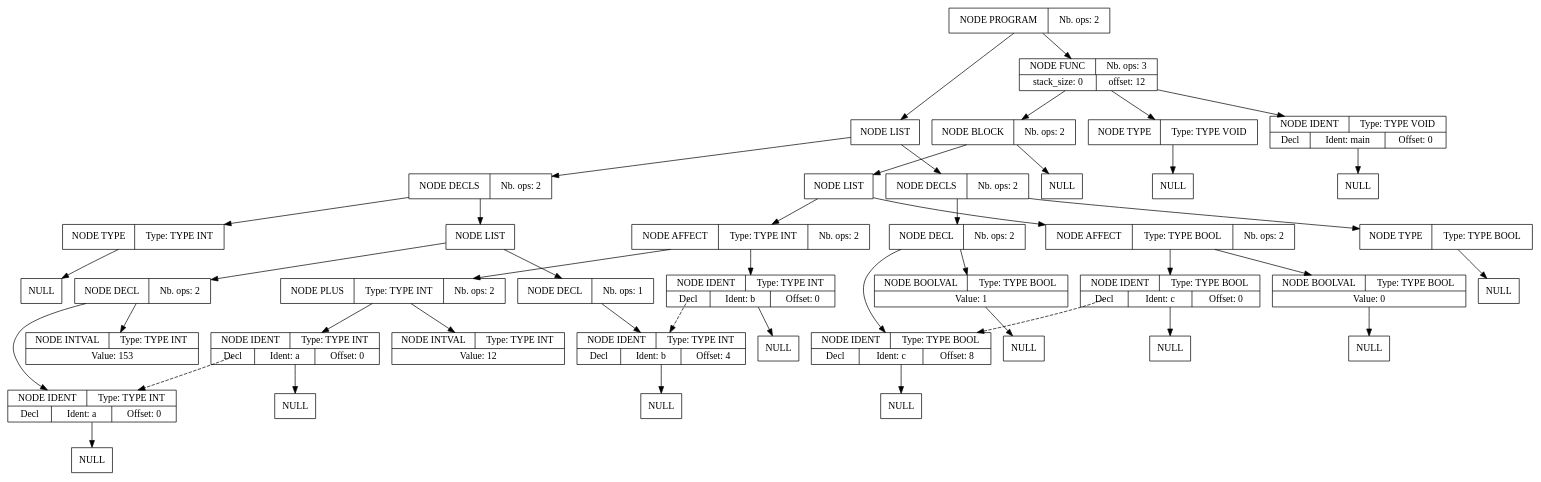
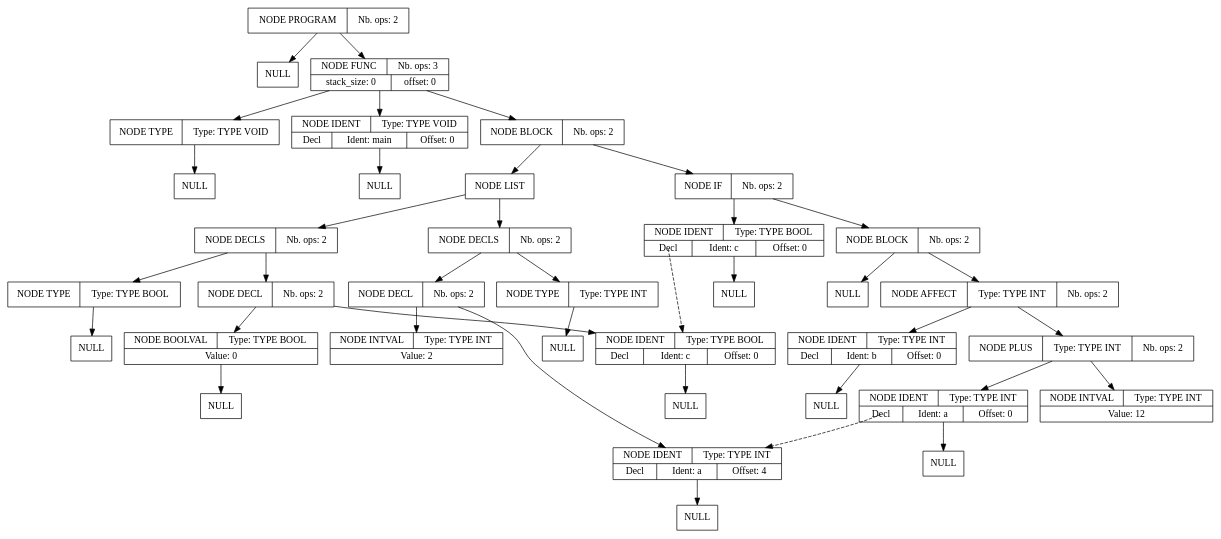
Before and after one commit to Harian-Elyoth/CompilateurMiniC: the diagram in src/post_pass1.dot, drawn with Graphviz. The commit also changed 40 other files, not shown here.

```diff
--- a/src/post_pass1.dot
+++ b/src/post_pass1.dot
@@ -1,129 +1,112 @@
 digraph global_vars {
     N1 [shape=record, label="{{NODE PROGRAM|Nb. ops: 2}}"];
-    N2 [shape=record, label="{{NODE LIST}}"];
-    N3 [shape=record, label="{{NODE DECLS|Nb. ops: 2}}"];
-    N4 [shape=record, label="{{NODE TYPE|Type: TYPE INT}}"];
+    N2 [shape=record, label="{{NULL}}"];
+    edge[tailclip=true];
+    N1 -> N2
+    N3 [shape=record, label="{{NODE FUNC|Nb. ops: 3}|{stack_size: 0|offset: 0}}"];
+    N4 [shape=record, label="{{NODE TYPE|Type: TYPE VOID}}"];
     N5 [shape=record, label="{{NULL}}"];
     edge[tailclip=true];
     N4 -> N5
     edge[tailclip=true];
     N3 -> N4
-    N6 [shape=record, label="{{NODE LIST}}"];
-    N7 [shape=record, label="{{NODE DECL|Nb. ops: 2}}"];
-    N8 [shape=record, label="{{NODE IDENT|Type: TYPE INT}|{<decl>Decl      |Ident: a|Offset: 0}}"];
-    N9 [shape=record, label="{{NULL}}"];
-    edge[tailclip=true];
-    N8 -> N9
-    edge[tailclip=true];
-    N7 -> N8
-    N10 [shape=record, label="{{NODE INTVAL|Type: TYPE INT}|{Value: 153}}"];
-    edge[tailclip=true];
-    N7 -> N10
+    N6 [shape=record, label="{{NODE IDENT|Type: TYPE VOID}|{<decl>Decl      |Ident: main|Offset: 0}}"];
+    N7 [shape=record, label="{{NULL}}"];
     edge[tailclip=true];
     N6 -> N7
-    N11 [shape=record, label="{{NODE DECL|Nb. ops: 1}}"];
-    N12 [shape=record, label="{{NODE IDENT|Type: TYPE INT}|{<decl>Decl      |Ident: b|Offset: 4}}"];
-    N13 [shape=record, label="{{NULL}}"];
     edge[tailclip=true];
-    N12 -> N13
+    N3 -> N6
+    N8 [shape=record, label="{{NODE BLOCK|Nb. ops: 2}}"];
+    N9 [shape=record, label="{{NODE LIST}}"];
+    N10 [shape=record, label="{{NODE DECLS|Nb. ops: 2}}"];
+    N11 [shape=record, label="{{NODE TYPE|Type: TYPE BOOL}}"];
+    N12 [shape=record, label="{{NULL}}"];
     edge[tailclip=true];
     N11 -> N12
     edge[tailclip=true];
-    N6 -> N11
-    edge[tailclip=true];
-    N3 -> N6
-    edge[tailclip=true];
-    N2 -> N3
-    N14 [shape=record, label="{{NODE DECLS|Nb. ops: 2}}"];
-    N15 [shape=record, label="{{NODE TYPE|Type: TYPE BOOL}}"];
-    N16 [shape=record, label="{{NULL}}"];
-    edge[tailclip=true];
-    N15 -> N16
+    N10 -> N11
+    N13 [shape=record, label="{{NODE DECL|Nb. ops: 2}}"];
+    N14 [shape=record, label="{{NODE IDENT|Type: TYPE BOOL}|{<decl>Decl      |Ident: c|Offset: 0}}"];
+    N15 [shape=record, label="{{NULL}}"];
     edge[tailclip=true];
     N14 -> N15
-    N17 [shape=record, label="{{NODE DECL|Nb. ops: 2}}"];
-    N18 [shape=record, label="{{NODE IDENT|Type: TYPE BOOL}|{<decl>Decl      |Ident: c|Offset: 8}}"];
-    N19 [shape=record, label="{{NULL}}"];
+    edge[tailclip=true];
+    N13 -> N14
+    N16 [shape=record, label="{{NODE BOOLVAL|Type: TYPE BOOL}|{Value: 0}}"];
+    N17 [shape=record, label="{{NULL}}"];
+    edge[tailclip=true];
+    N16 -> N17
+    edge[tailclip=true];
+    N13 -> N16
+    edge[tailclip=true];
+    N10 -> N13
+    edge[tailclip=true];
+    N9 -> N10
+    N18 [shape=record, label="{{NODE DECLS|Nb. ops: 2}}"];
+    N19 [shape=record, label="{{NODE TYPE|Type: TYPE INT}}"];
+    N20 [shape=record, label="{{NULL}}"];
+    edge[tailclip=true];
+    N19 -> N20
     edge[tailclip=true];
     N18 -> N19
-    edge[tailclip=true];
-    N17 -> N18
-    N20 [shape=record, label="{{NODE BOOLVAL|Type: TYPE BOOL}|{Value: 1}}"];
-    N21 [shape=record, label="{{NULL}}"];
-    edge[tailclip=true];
-    N20 -> N21
-    edge[tailclip=true];
-    N17 -> N20
-    edge[tailclip=true];
-    N14 -> N17
-    edge[tailclip=true];
-    N2 -> N14
-    edge[tailclip=true];
-    N1 -> N2
-    N22 [shape=record, label="{{NODE FUNC|Nb. ops: 3}|{stack_size: 0|offset: 12}}"];
-    N23 [shape=record, label="{{NODE TYPE|Type: TYPE VOID}}"];
-    N24 [shape=record, label="{{NULL}}"];
-    edge[tailclip=true];
-    N23 -> N24
+    N21 [shape=record, label="{{NODE DECL|Nb. ops: 2}}"];
+    N22 [shape=record, label="{{NODE IDENT|Type: TYPE INT}|{<decl>Decl      |Ident: a|Offset: 4}}"];
+    N23 [shape=record, label="{{NULL}}"];
     edge[tailclip=true];
     N22 -> N23
-    N25 [shape=record, label="{{NODE IDENT|Type: TYPE VOID}|{<decl>Decl      |Ident: main|Offset: 0}}"];
-    N26 [shape=record, label="{{NULL}}"];
+    edge[tailclip=true];
+    N21 -> N22
+    N24 [shape=record, label="{{NODE INTVAL|Type: TYPE INT}|{Value: 2}}"];
+    edge[tailclip=true];
+    N21 -> N24
+    edge[tailclip=true];
+    N18 -> N21
+    edge[tailclip=true];
+    N9 -> N18
+    edge[tailclip=true];
+    N8 -> N9
+    N25 [shape=record, label="{{NODE IF|Nb. ops: 2}}"];
+    N26 [shape=record, label="{{NODE IDENT|Type: TYPE BOOL}|{<decl>Decl      |Ident: c|Offset: 0}}"];
+    edge[tailclip=false];
+    "N26":decl:c -> "N14" [style=dashed]
+    N27 [shape=record, label="{{NULL}}"];
+    edge[tailclip=true];
+    N26 -> N27
     edge[tailclip=true];
     N25 -> N26
+    N28 [shape=record, label="{{NODE BLOCK|Nb. ops: 2}}"];
+    N29 [shape=record, label="{{NULL}}"];
     edge[tailclip=true];
-    N22 -> N25
-    N27 [shape=record, label="{{NODE BLOCK|Nb. ops: 2}}"];
-    N28 [shape=record, label="{{NULL}}"];
-    edge[tailclip=true];
-    N27 -> N28
-    N29 [shape=record, label="{{NODE LIST}}"];
-    N30 [shape=record, label="{{NODE AFFECT|Type: TYPE BOOL|Nb. ops: 2}}"];
-    N31 [shape=record, label="{{NODE IDENT|Type: TYPE BOOL}|{<decl>Decl      |Ident: c|Offset: 0}}"];
-    edge[tailclip=false];
-    "N31":decl:c -> "N18" [style=dashed]
+    N28 -> N29
+    N30 [shape=record, label="{{NODE AFFECT|Type: TYPE INT|Nb. ops: 2}}"];
+    N31 [shape=record, label="{{NODE IDENT|Type: TYPE INT}|{<decl>Decl      |Ident: b|Offset: 0}}"];
     N32 [shape=record, label="{{NULL}}"];
     edge[tailclip=true];
     N31 -> N32
     edge[tailclip=true];
     N30 -> N31
-    N33 [shape=record, label="{{NODE BOOLVAL|Type: TYPE BOOL}|{Value: 0}}"];
-    N34 [shape=record, label="{{NULL}}"];
+    N33 [shape=record, label="{{NODE PLUS|Type: TYPE INT|Nb. ops: 2}}"];
+    N34 [shape=record, label="{{NODE IDENT|Type: TYPE INT}|{<decl>Decl      |Ident: a|Offset: 0}}"];
+    edge[tailclip=false];
+    "N34":decl:c -> "N22" [style=dashed]
+    N35 [shape=record, label="{{NULL}}"];
+    edge[tailclip=true];
+    N34 -> N35
     edge[tailclip=true];
     N33 -> N34
+    N36 [shape=record, label="{{NODE INTVAL|Type: TYPE INT}|{Value: 12}}"];
+    edge[tailclip=true];
+    N33 -> N36
     edge[tailclip=true];
     N30 -> N33
     edge[tailclip=true];
-    N29 -> N30
-    N35 [shape=record, label="{{NODE AFFECT|Type: TYPE INT|Nb. ops: 2}}"];
-    N36 [shape=record, label="{{NODE IDENT|Type: TYPE INT}|{<decl>Decl      |Ident: b|Offset: 0}}"];
-    edge[tailclip=false];
-    "N36":decl:c -> "N12" [style=dashed]
-    N37 [shape=record, label="{{NULL}}"];
+    N28 -> N30
     edge[tailclip=true];
-    N36 -> N37
+    N25 -> N28
     edge[tailclip=true];
-    N35 -> N36
-    N38 [shape=record, label="{{NODE PLUS|Type: TYPE INT|Nb. ops: 2}}"];
-    N39 [shape=record, label="{{NODE IDENT|Type: TYPE INT}|{<decl>Decl      |Ident: a|Offset: 0}}"];
-    edge[tailclip=false];
-    "N39":decl:c -> "N8" [style=dashed]
-    N40 [shape=record, label="{{NULL}}"];
+    N8 -> N25
     edge[tailclip=true];
-    N39 -> N40
+    N3 -> N8
     edge[tailclip=true];
-    N38 -> N39
-    N41 [shape=record, label="{{NODE INTVAL|Type: TYPE INT}|{Value: 12}}"];
-    edge[tailclip=true];
-    N38 -> N41
-    edge[tailclip=true];
-    N35 -> N38
-    edge[tailclip=true];
-    N29 -> N35
-    edge[tailclip=true];
-    N27 -> N29
-    edge[tailclip=true];
-    N22 -> N27
-    edge[tailclip=true];
-    N1 -> N22
+    N1 -> N3
 }
```
